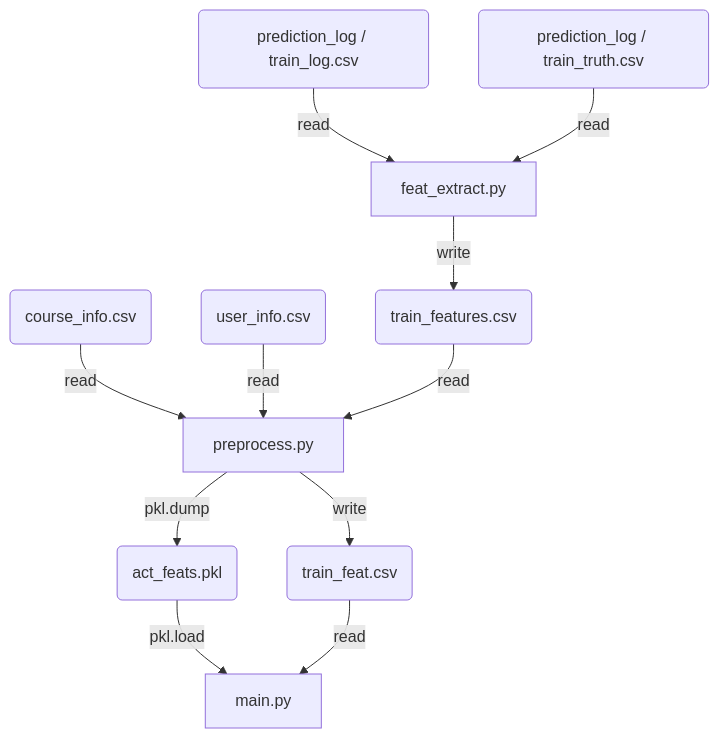
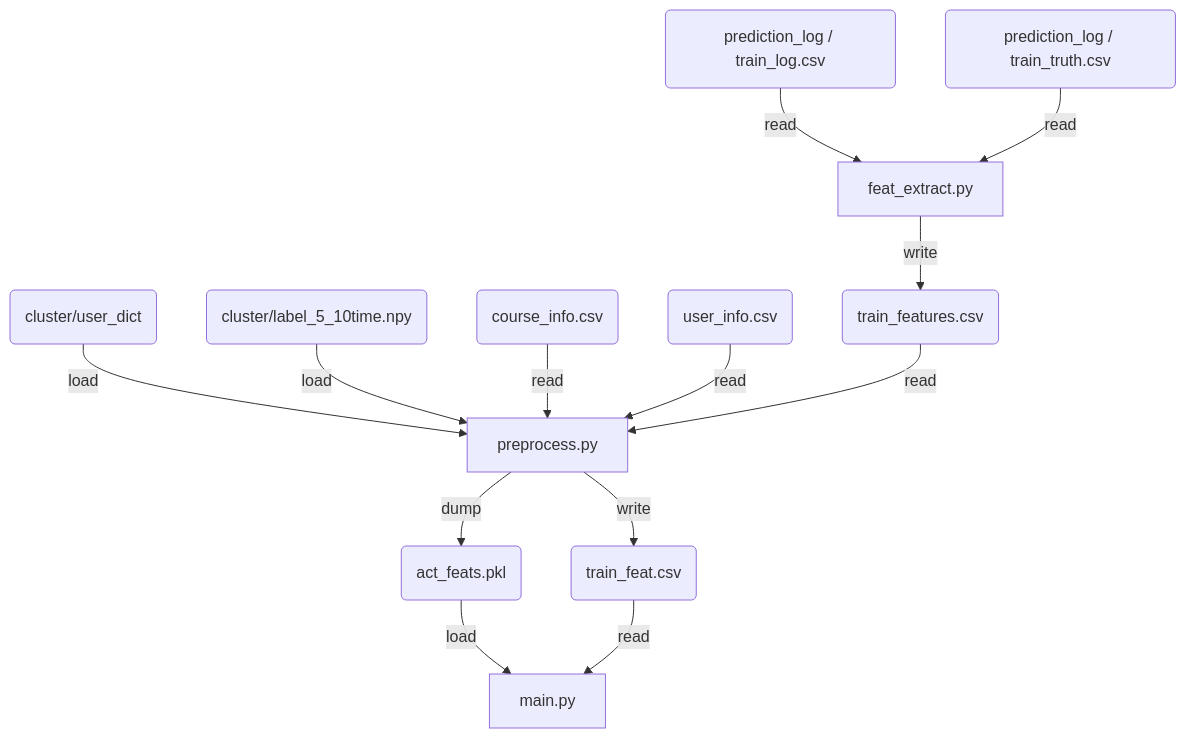
One commit to ianZzzzzz/dropout_prediction changed the first of 2 diagrams in data_process.md. Above: the diagram before and after it, drawn with Mermaid.

````diff
--- a/data_process.md
+++ b/data_process.md
@@ -1,29 +1,34 @@
 ```mermaid
 graph TB
     s1(prediction_log / train_log.csv)
     s2(prediction_log / train_truth.csv)
     s3(course_info.csv)
     s4(user_info.csv)
+
+    ss1(cluster/user_dict)
+    ss2(cluster/label_5_10time.npy)
+    ss1--load-->p2
+    ss2--load-->p2
 
     f1(train_features.csv)
     f2(act_feats.pkl)
     f3(train_feat.csv)
 
     p1[feat_extract.py] 
     p2[preprocess.py]
     p3[main.py]
 
     s1--read   -->p1
     s2--read   -->p1
     p1--write -->f1 
     s3--read-->p2
     s4--read-->p2
     f1--read   -->p2
-    p2--pkl.dump-->f2
+    p2--dump-->f2
     p2--write-->f3
-    f2--pkl.load-->p3
+    f2--load-->p3
     f3--read -->p3
 
     
    
 ```
````
